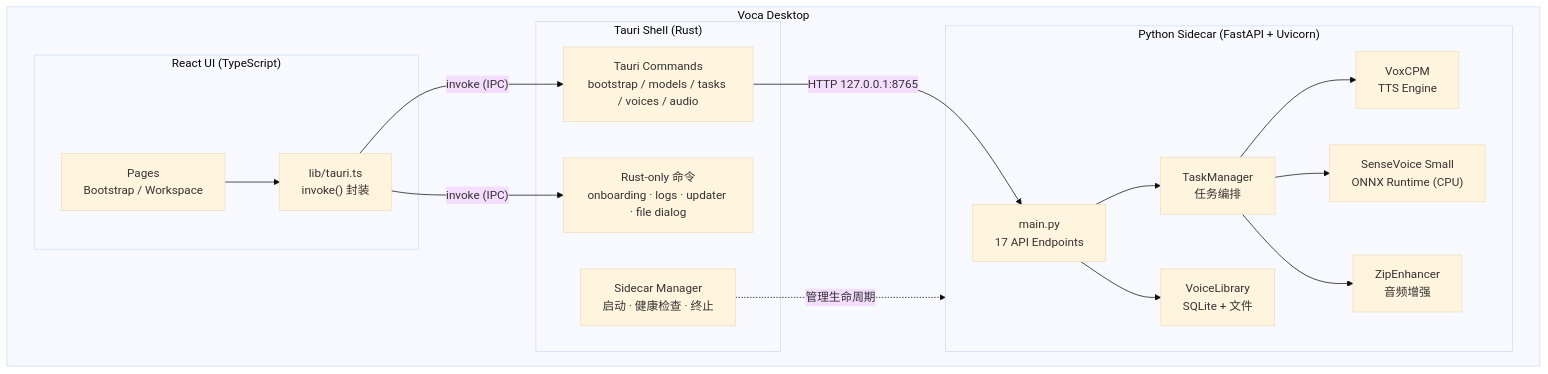
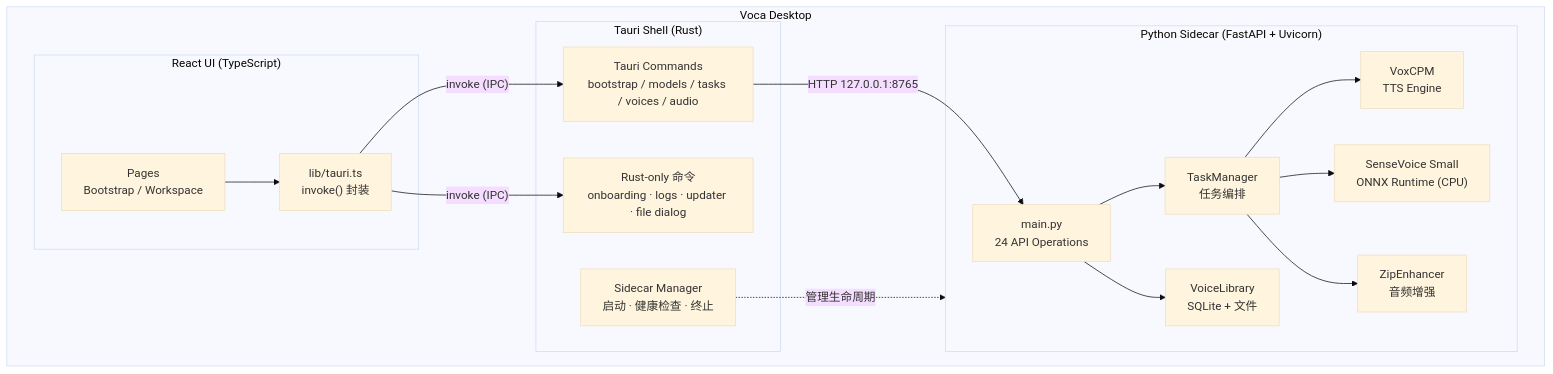
Before and after one commit to ZMXJJ/Voca: the first of 7 diagrams in docs/architecture.md, drawn with Mermaid (base theme). The commit also changed 7 other files, not shown here.

````diff
--- a/docs/architecture.md
+++ b/docs/architecture.md
@@ -7,35 +7,35 @@
 ```mermaid
 graph TB
     subgraph Desktop["Voca Desktop"]
         subgraph Frontend["React UI (TypeScript)"]
             Pages["Pages<br/>Bootstrap / Workspace"]
             TauriTS["lib/tauri.ts<br/>invoke() 封装"]
         end
 
         subgraph Rust["Tauri Shell (Rust)"]
             Commands["Tauri Commands<br/>bootstrap / models / tasks / voices / audio"]
             Sidecar["Sidecar Manager<br/>启动 · 健康检查 · 终止"]
             RustOnly["Rust-only 命令<br/>onboarding · logs · updater · file dialog"]
         end
 
         subgraph Python["Python Sidecar (FastAPI + Uvicorn)"]
-            Routes["main.py<br/>17 API Endpoints"]
+            Routes["main.py<br/>24 API Operations"]
             TaskMgr["TaskManager<br/>任务编排"]
             VoxCPM["VoxCPM<br/>TTS Engine"]
             ASR["SenseVoice Small<br/>ONNX Runtime (CPU)"]
             Enhancer["ZipEnhancer<br/>音频增强"]
             VoiceLib["VoiceLibrary<br/>SQLite + 文件"]
         end
     end
 
     Pages --> TauriTS
     TauriTS -- "invoke (IPC)" --> Commands
     TauriTS -- "invoke (IPC)" --> RustOnly
     Commands -- "HTTP 127.0.0.1:8765" --> Routes
     Sidecar -. "管理生命周期" .-> Python
     Routes --> TaskMgr
     Routes --> VoiceLib
     TaskMgr --> VoxCPM
     TaskMgr --> ASR
     TaskMgr --> Enhancer
 ```
````
